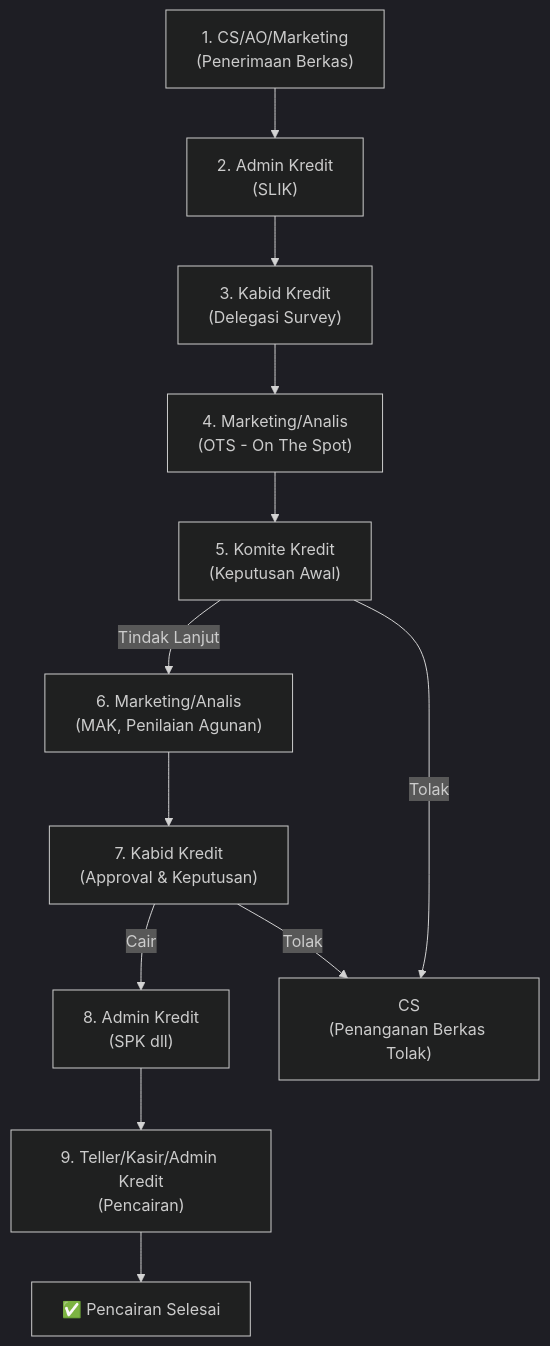
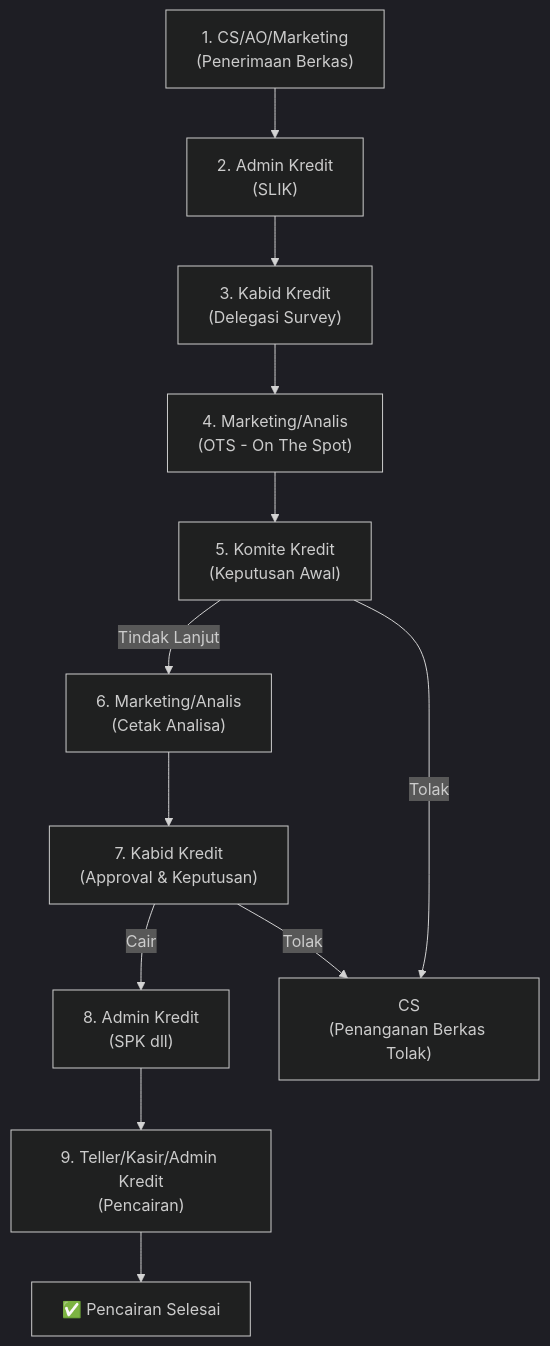
The diagram in docs/Monitoring berks kredit plan.md (muzzf16/portal-sdmnext), drawn with Mermaid (dark theme) before and after one commit. The commit also changed other lines of this file and 10 other files, not shown here.

````diff
--- a/docs/Monitoring berks kredit plan.md
+++ b/docs/Monitoring berks kredit plan.md
@@ -11,25 +11,25 @@
 ```mermaid
 flowchart TD
     S1["1. CS/AO/Marketing\n(Penerimaan Berkas)"]
     S2["2. Admin Kredit\n(SLIK)"]
     S3["3. Kabid Kredit\n(Delegasi Survey)"]
     S4["4. Marketing/Analis\n(OTS - On The Spot)"]
     S5["5. Komite Kredit\n(Keputusan Awal)"]
-    S6["6. Marketing/Analis\n(MAK, Penilaian Agunan)"]
+    S6["6. Marketing/Analis\n(Cetak Analisa)"]
     S7["7. Kabid Kredit\n(Approval & Keputusan)"]
     S9["8. Admin Kredit\n(SPK dll)"]
     S10["9. Teller/Kasir/Admin Kredit\n(Pencairan)"]
     TOLAK_CS["CS\n(Penanganan Berkas Tolak)"]
 
     S1 --> S2
     S2 --> S3
     S3 --> S4
     S4 --> S5
     S5 -- "Tindak Lanjut" --> S6
     S5 -- "Tolak" --> TOLAK_CS
     S6 --> S7
     S7 -- "Cair" --> S9
     S7 -- "Tolak" --> TOLAK_CS
     S9 --> S10
     S10 --> SELESAI["✅ Pencairan Selesai"]
 ```
````
